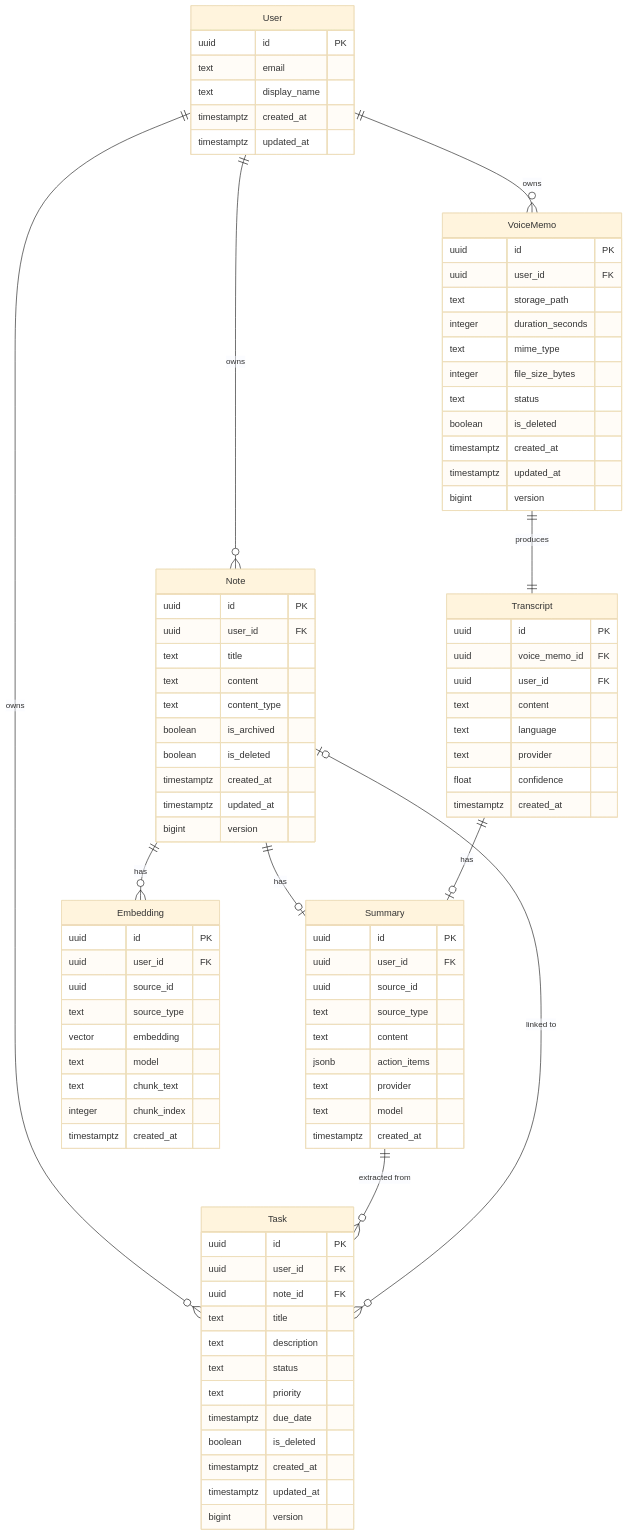
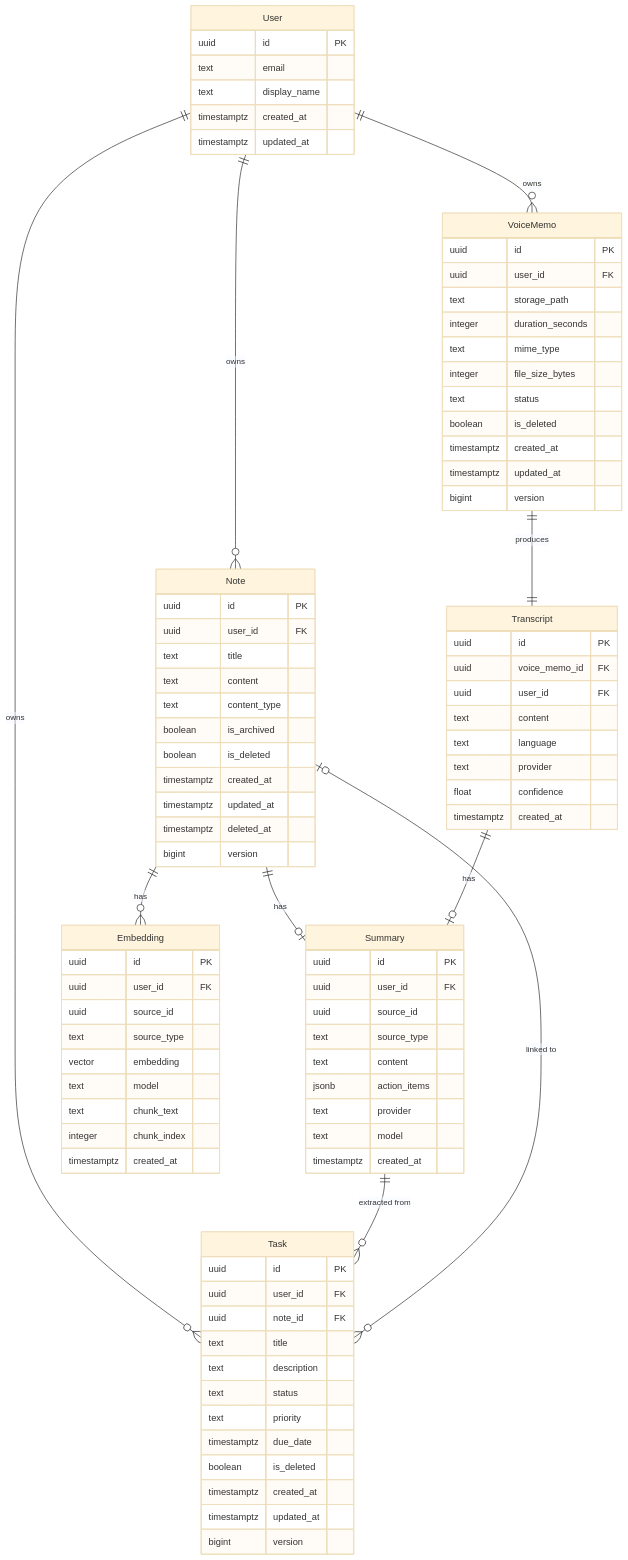
One commit to VThanhNguyen2002/orbit-ai-workspace changed the diagram in docs/architecture/data-model.md. Above: the diagram before and after it, drawn with Mermaid (base theme). The commit also changed other lines of this file and 5 other files, not shown here.

```diff
--- a/docs/architecture/data-model.md
+++ b/docs/architecture/data-model.md
@@ -42,6 +42,7 @@
         boolean is_deleted
         timestamptz created_at
         timestamptz updated_at
+        timestamptz deleted_at
         bigint version
     }
 
```
